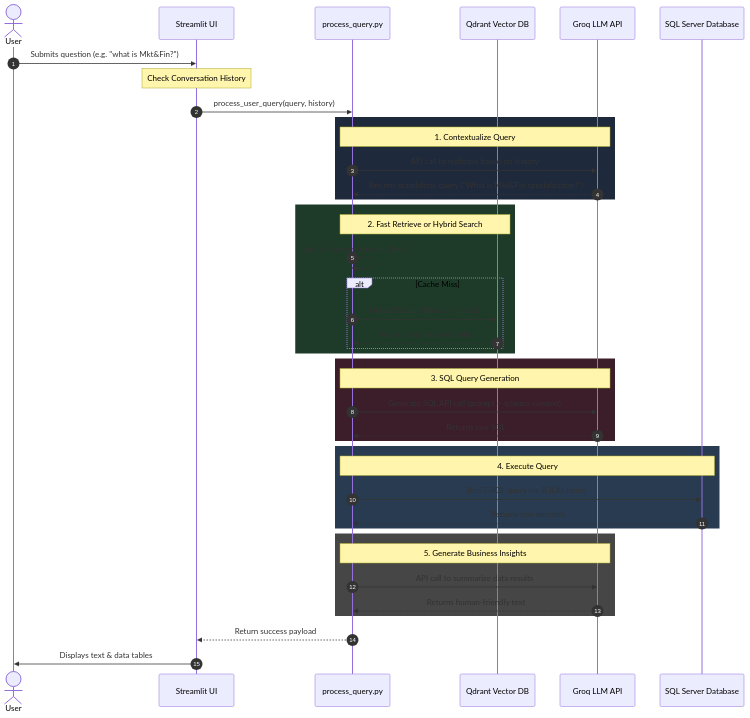
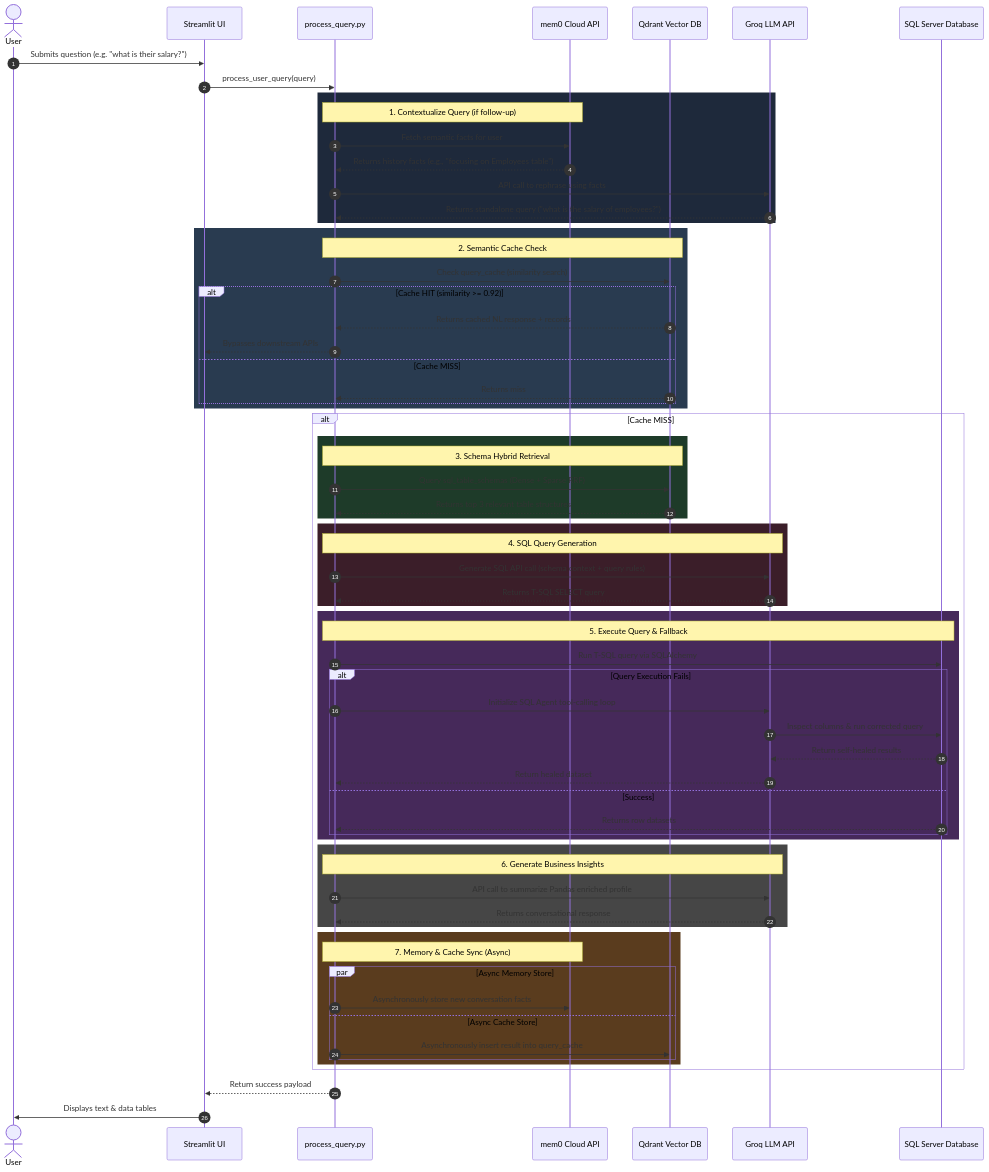
One commit to nakul-cloud/ai-sql-assistant changed the diagram in API_FLOW.md. Above: the diagram before and after it, drawn with Mermaid. The commit also changed other lines of this file and 6 other files, not shown here.

Commit message:
feat: implement result enrichment layer with deterministic statistical analysis and alert generation to improve LLM response accuracy and reduce token usage.

````diff
--- a/API_FLOW.md
+++ b/API_FLOW.md
@@ -11,50 +11,78 @@
 ```mermaid
 sequenceDiagram
     autonumber
     actor User
     participant App as Streamlit UI
     participant Orchestrator as process_query.py
+    participant mem0 as mem0 Cloud API
     participant Qdrant as Qdrant Vector DB
     participant Groq as Groq LLM API
     participant SQLServer as SQL Server Database
 
-    User->>App: Submits question (e.g. "what is Mkt&Fin?")
-    Note over App: Check Conversation History
-    App->>Orchestrator: process_user_query(query, history)
+    User->>App: Submits question (e.g. "what is their salary?")
+    App->>Orchestrator: process_user_query(query)
     
     rect rgb(30, 41, 59)
-        Note over Orchestrator, Groq: 1. Contextualize Query
-        Orchestrator->>Groq: API call to rephrase based on history
-        Groq-->>Orchestrator: Returns standalone query ("What is Mkt&Fin specialization?")
+        Note over Orchestrator, mem0: 1. Contextualize Query (if follow-up)
+        Orchestrator->>mem0: Fetch semantic facts for user
+        mem0-->>Orchestrator: Returns history facts (e.g., "focusing on Employees table")
+        Orchestrator->>Groq: API call to rephrase using facts
+        Groq-->>Orchestrator: Returns standalone query ("what is the salary of employees?")
     end
 
-    rect rgb(30, 59, 41)
-        Note over Orchestrator, Qdrant: 2. Fast Retrieve or Hybrid Search
-        Orchestrator->>Orchestrator: Run fast keyword match (0ms)
-        alt Cache Miss
-            Orchestrator->>Qdrant: Hybrid Search (Dense + Sparse)
-            Qdrant-->>Orchestrator: Returns top relevant tables
+    rect rgb(41, 59, 80)
+        Note over Orchestrator, Qdrant: 2. Semantic Cache Check
+        Orchestrator->>Qdrant: Check query_cache (similarity search)
+        alt Cache HIT (similarity >= 0.92)
+            Qdrant-->>Orchestrator: Returns cached NL response + records
+            Orchestrator-->>App: Bypasses downstream APIs
+        else Cache MISS
+            Qdrant-->>Orchestrator: Returns miss
         end
     end
 
-    rect rgb(59, 30, 41)
-        Note over Orchestrator, Groq: 3. SQL Query Generation
-        Orchestrator->>Groq: Generate SQL API call (prompt + schema context)
-        Groq-->>Orchestrator: Returns raw SQL
-    end
+    alt Cache MISS
+        rect rgb(30, 59, 41)
+            Note over Orchestrator, Qdrant: 3. Schema Hybrid Retrieval
+            Orchestrator->>Qdrant: Query sql_table_schemas (Dense + Sparse RRF)
+            Qdrant-->>Orchestrator: Returns top 3 relevant table structures
+        end
 
-    rect rgb(41, 59, 80)
-        Note over Orchestrator, SQLServer: 4. Execute Query
-        Orchestrator->>SQLServer: Run T-SQL query via SQLAlchemy
-        SQLServer-->>Orchestrator: Returns row datasets
-    end
+        rect rgb(59, 30, 41)
+            Note over Orchestrator, Groq: 4. SQL Query Generation
+            Orchestrator->>Groq: Generate SQL API call (schema context + query rules)
+            Groq-->>Orchestrator: Returns T-SQL SELECT query
+        end
 
-    rect rgb(70, 70, 70)
-        Note over Orchestrator, Groq: 5. Generate Business Insights
-        Orchestrator->>Groq: API call to summarize data results
-        Groq-->>Orchestrator: Returns human-friendly text
+        rect rgb(70, 41, 90)
+            Note over Orchestrator, SQLServer: 5. Execute Query & Fallback
+            Orchestrator->>SQLServer: Run T-SQL query via SQLAlchemy
+            alt Query Execution Fails
+                Orchestrator->>Groq: Initialize SQL Agent tool-calling loop
+                Groq->>SQLServer: Inspect columns & run corrected query
+                SQLServer-->>Groq: Return self-healed results
+                Groq-->>Orchestrator: Return healed dataset
+            else Success
+                SQLServer-->>Orchestrator: Returns row datasets
+            end
+        end
+
+        rect rgb(70, 70, 70)
+            Note over Orchestrator, Groq: 6. Generate Business Insights
+            Orchestrator->>Groq: API call to summarize Pandas enriched profile
+            Groq-->>Orchestrator: Returns conversational response
+        end
+
+        rect rgb(90, 60, 30)
+            Note over Orchestrator, mem0: 7. Memory & Cache Sync (Async)
+            par Async Memory Store
+                Orchestrator->>mem0: Asynchronously store new conversation facts
+            and Async Cache Store
+                Orchestrator->>Qdrant: Asynchronously insert result into query_cache
+            end
+        end
     end
 
     Orchestrator-->>App: Return success payload
     App->>User: Displays text & data tables
 ```
````
